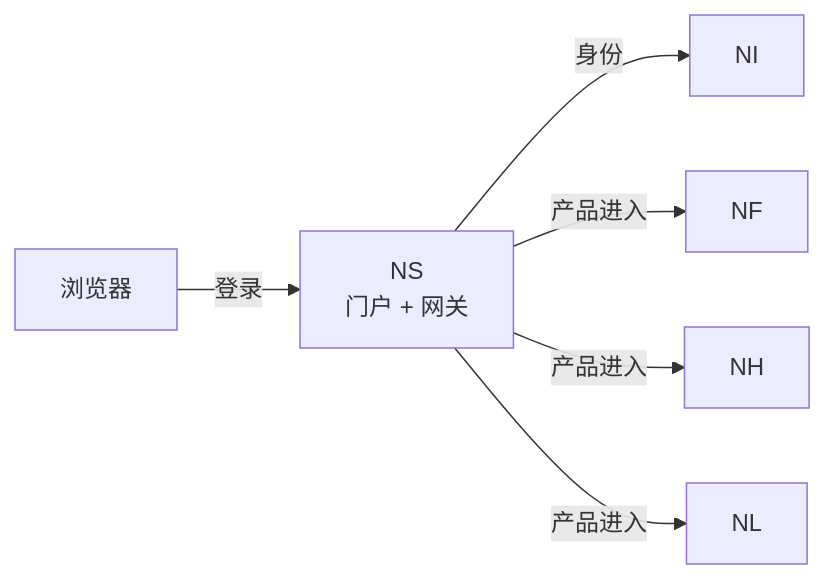
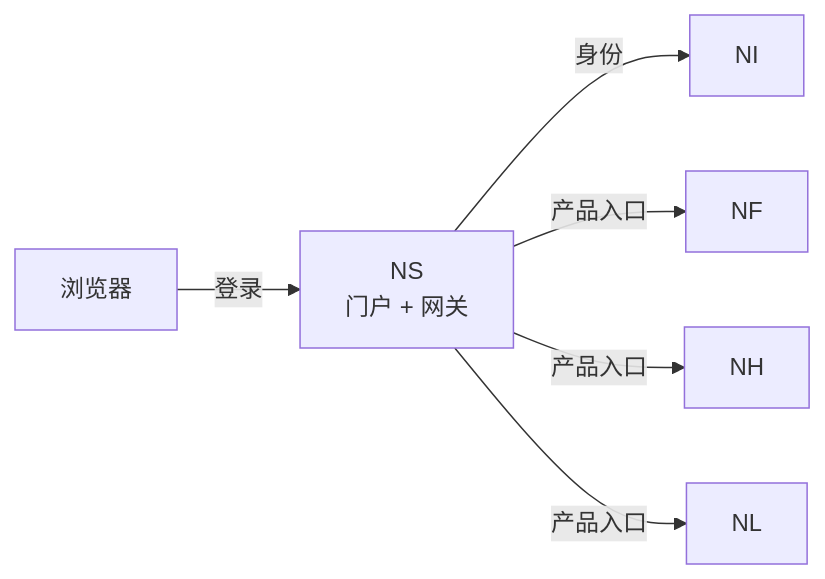
The diagram in docs/zh/products/nereidsphere.md (NereidAI/nereidai.github.io), drawn with Mermaid before and after one commit. The commit also changed other lines of this file and 31 other files, not shown here.

````diff
--- a/docs/zh/products/nereidsphere.md
+++ b/docs/zh/products/nereidsphere.md
@@ -69,8 +75,8 @@
 ```mermaid
 flowchart LR
     USER["浏览器"] -->|登录| NS["NS\n门户 + 网关"]
     NS -->|身份| NI["NI"]
-    NS -->|产品进入| FORGE["NF"]
-    NS -->|产品进入| HORIZON["NH"]
-    NS -->|产品进入| LINK["NL"]
+    NS -->|产品入口| FORGE["NF"]
+    NS -->|产品入口| HORIZON["NH"]
+    NS -->|产品入口| LINK["NL"]
 ```
````
